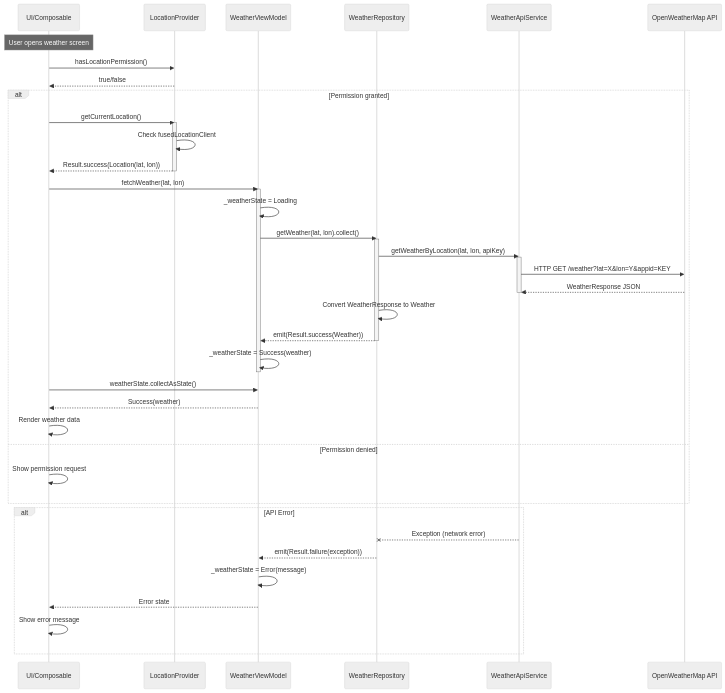
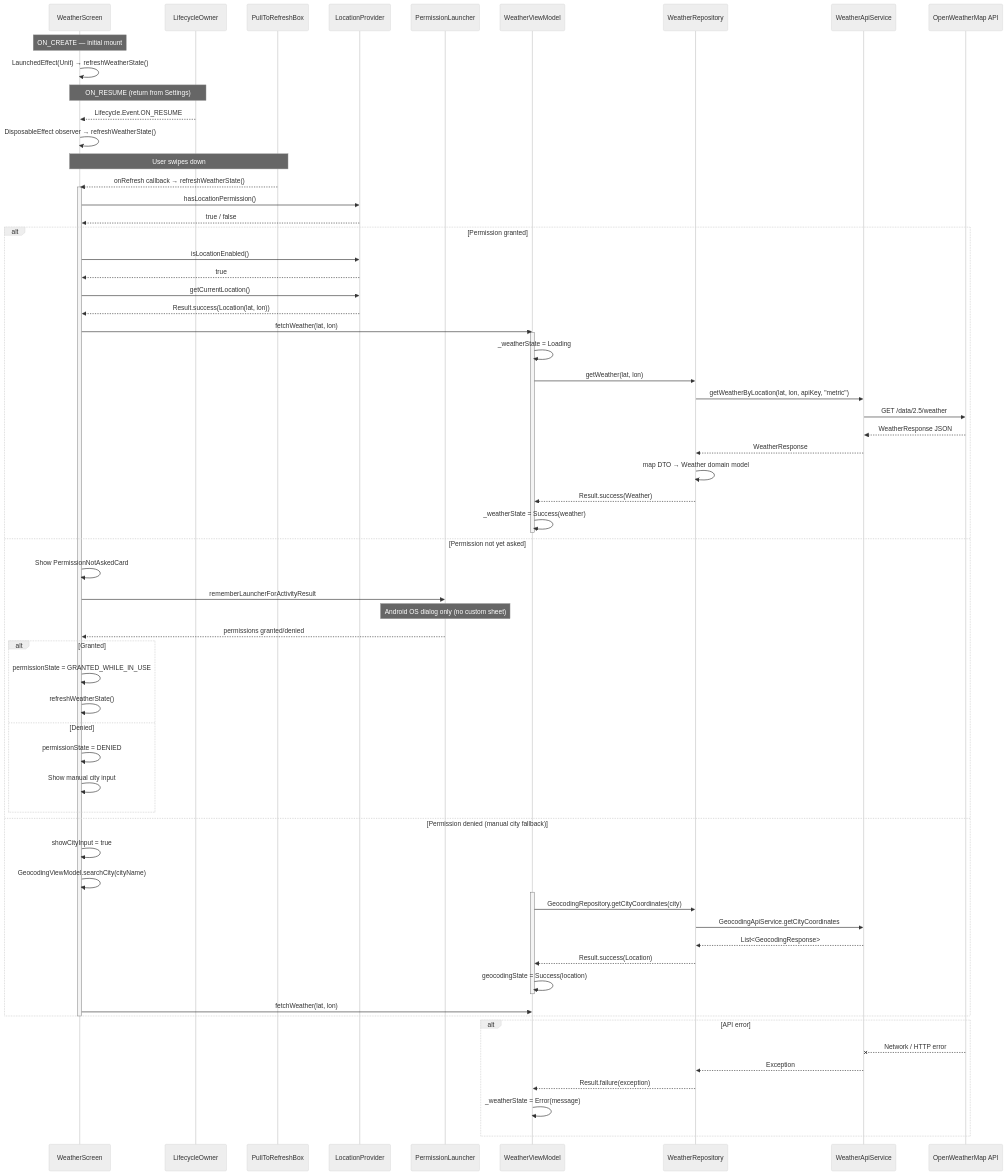
The diagram in .copilot/weather/sequence.md (bleikerja/Looksy-Frontend), drawn with Mermaid (neutral theme) before and after one commit. The commit also changed other lines of this file and 18 other files, not shown here.

Commit message:
add updating weather page by swiping, add test for geocoding repo, update weather-related tests

````diff
--- a/.copilot/weather/sequence.md
+++ b/.copilot/weather/sequence.md
@@ -5,58 +5,78 @@
 ```mermaid
 sequenceDiagram
-    participant UI as UI/Composable
+    participant UI as WeatherScreen
+    participant LC as LifecycleOwner
+    participant PTR as PullToRefreshBox
     participant LP as LocationProvider
+    participant Perm as PermissionLauncher
     participant VM as WeatherViewModel
     participant Repo as WeatherRepository
     participant API as WeatherApiService
-    participant OpenWeather as OpenWeatherMap API
+    participant OWM as OpenWeatherMap API
 
-    Note over UI: User opens weather screen
+    Note over UI: ON_CREATE — initial mount
+    UI->>UI: LaunchedEffect(Unit) → refreshWeatherState()
 
+    Note over UI,LC: ON_RESUME (return from Settings)
+    LC-->>UI: Lifecycle.Event.ON_RESUME
+    UI->>UI: DisposableEffect observer → refreshWeatherState()
+
+    Note over PTR,UI: User swipes down
+    PTR-->>UI: onRefresh callback → refreshWeatherState()
+
+    activate UI
     UI->>LP: hasLocationPermission()
-    LP-->>UI: true/false
+    LP-->>UI: true / false
 
     alt Permission granted
+        UI->>LP: isLocationEnabled()
+        LP-->>UI: true
         UI->>LP: getCurrentLocation()
-        activate LP
-        LP->>LP: Check fusedLocationClient
         LP-->>UI: Result.success(Location(lat, lon))
-        deactivate LP
-
         UI->>VM: fetchWeather(lat, lon)
         activate VM
         VM->>VM: _weatherState = Loading
-
-        VM->>Repo: getWeather(lat, lon).collect()
-        activate Repo
-
-        Repo->>API: getWeatherByLocation(lat, lon, apiKey)
-        activate API
-        API->>OpenWeather: HTTP GET /weather?lat=X&lon=Y&appid=KEY
-        OpenWeather-->>API: WeatherResponse JSON
-        deactivate API
-
-        Repo->>Repo: Convert WeatherResponse to Weather
-        Repo-->>VM: emit(Result.success(Weather))
-        deactivate Repo
-
+        VM->>Repo: getWeather(lat, lon)
+        Repo->>API: getWeatherByLocation(lat, lon, apiKey, "metric")
+        API->>OWM: GET /data/2.5/weather
+        OWM-->>API: WeatherResponse JSON
+        API-->>Repo: WeatherResponse
+        Repo->>Repo: map DTO → Weather domain model
+        Repo-->>VM: Result.success(Weather)
         VM->>VM: _weatherState = Success(weather)
         deactivate VM
 
-        UI->>VM: weatherState.collectAsState()
-        VM-->>UI: Success(weather)
+    else Permission not yet asked
+        UI->>UI: Show PermissionNotAskedCard
+        UI->>Perm: rememberLauncherForActivityResult
+        Note over Perm: Android OS dialog only (no custom sheet)
+        Perm-->>UI: permissions granted/denied
+        alt Granted
+            UI->>UI: permissionState = GRANTED_WHILE_IN_USE
+            UI->>UI: refreshWeatherState()
+        else Denied
+            UI->>UI: permissionState = DENIED
+            UI->>UI: Show manual city input
+        end
 
-        UI->>UI: Render weather data
+    else Permission denied (manual city fallback)
+        UI->>UI: showCityInput = true
+        UI->>UI: GeocodingViewModel.searchCity(cityName)
+        activate VM
+        VM->>Repo: GeocodingRepository.getCityCoordinates(city)
+        Repo->>API: GeocodingApiService.getCityCoordinates
+        API-->>Repo: List<GeocodingResponse>
+        Repo-->>VM: Result.success(Location)
+        VM->>VM: geocodingState = Success(location)
+        deactivate VM
+        UI->>VM: fetchWeather(lat, lon)
+    end
+    deactivate UI
 
-    else Permission denied
-        UI->>UI: Show permission request
-    end
-
-    alt API Error
-        API--xRepo: Exception (network error)
-        Repo-->>VM: emit(Result.failure(exception))
+    alt API error
+        OWM--xAPI: Network / HTTP error
+        API-->>Repo: Exception
+        Repo-->>VM: Result.failure(exception)
         VM->>VM: _weatherState = Error(message)
-        VM-->>UI: Error state
-        UI->>UI: Show error message
     end
 ```
````
